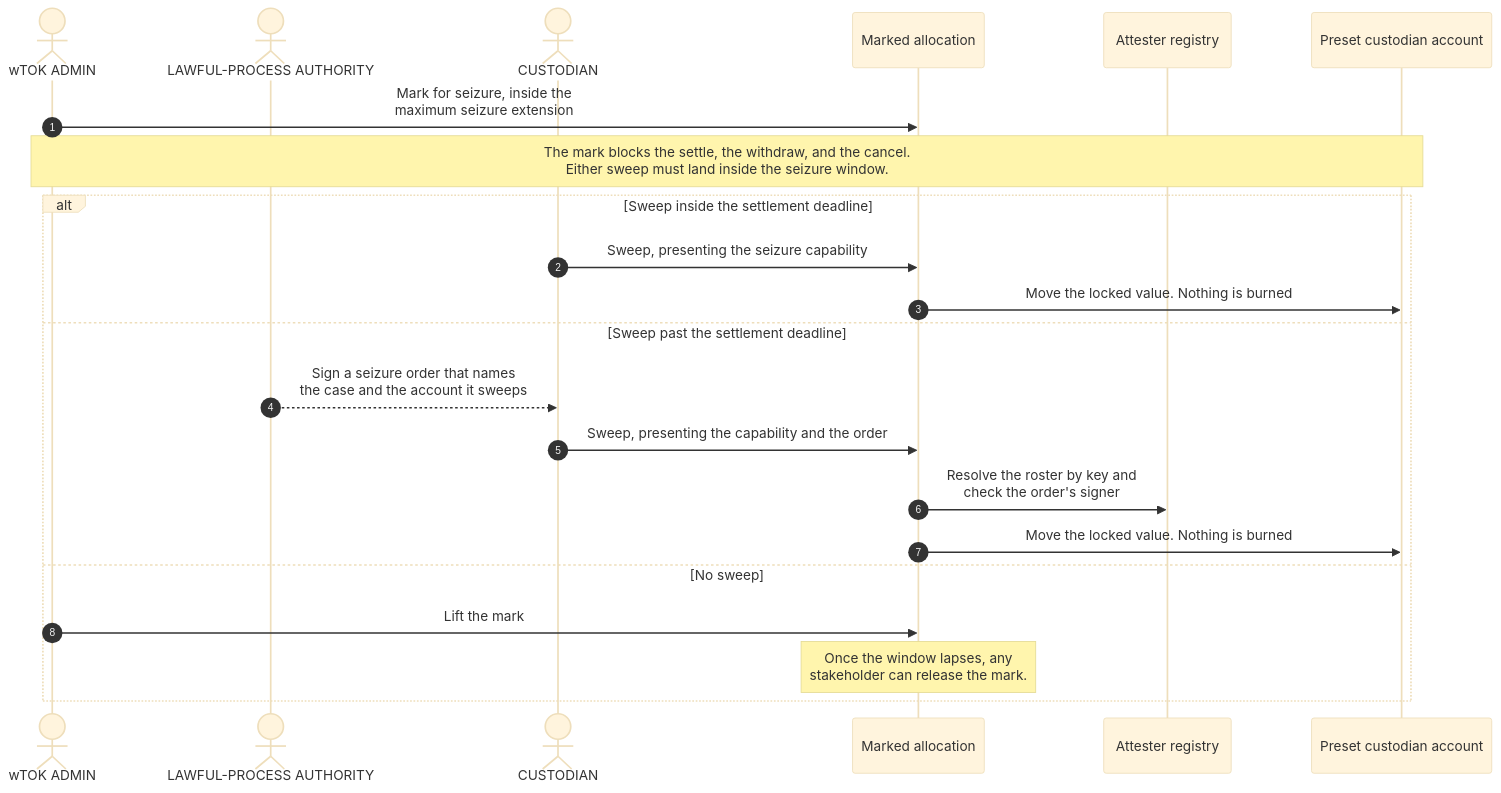
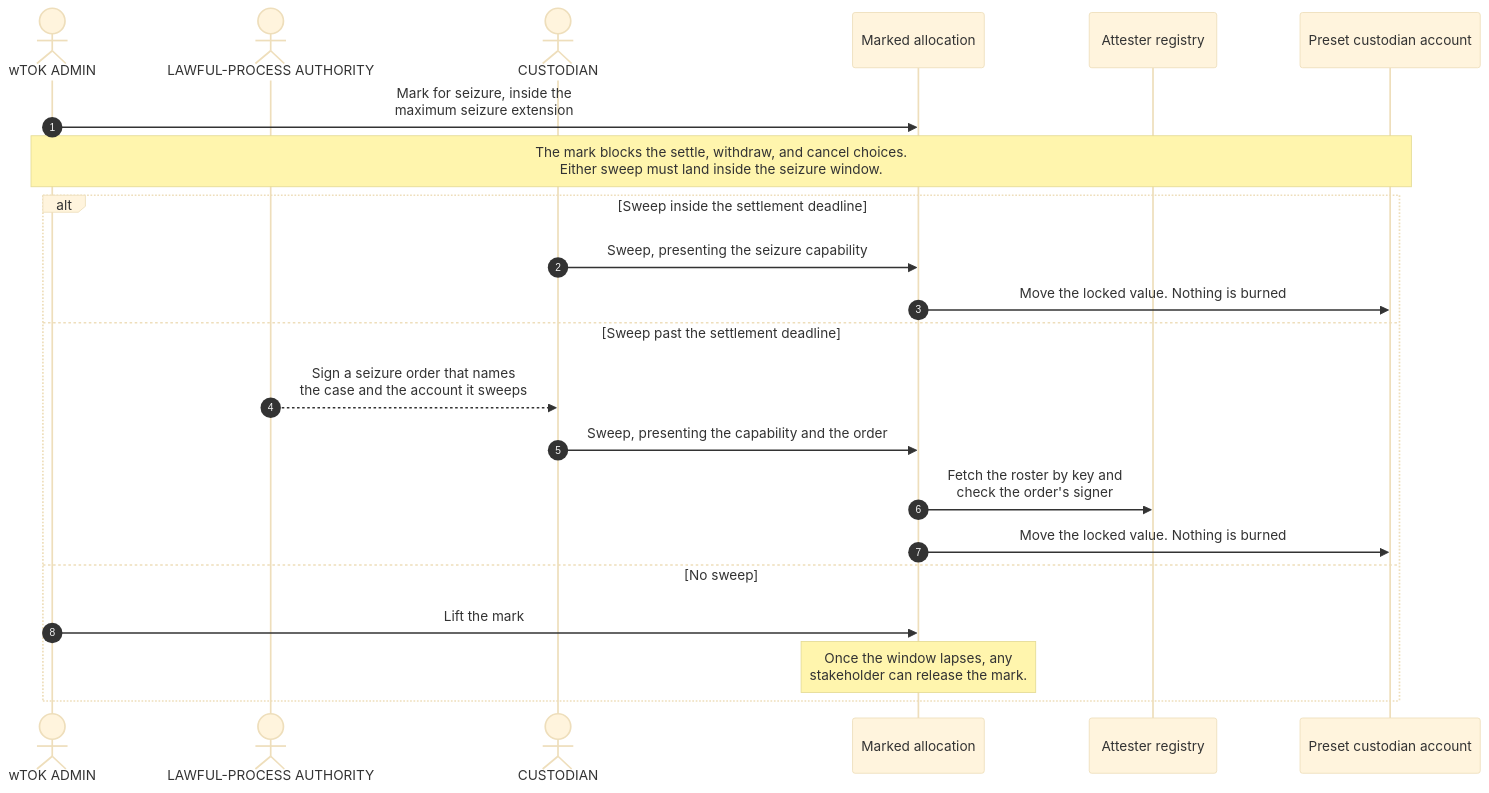
Before and after one commit to OpenZeppelin/canton-specs: the fourth of 4 diagrams in docs/reference-architectures/cross-chain-stablecoin.md, drawn with Mermaid (base theme). The commit also changed other lines of this file, not shown here.

````diff
--- a/docs/reference-architectures/cross-chain-stablecoin.md
+++ b/docs/reference-architectures/cross-chain-stablecoin.md
@@ -793,25 +782,25 @@
 ```mermaid
 sequenceDiagram
     autonumber
     actor Admin as wTOK ADMIN
     actor Authority as LAWFUL-PROCESS AUTHORITY
     actor Custodian as CUSTODIAN
     participant Target as Marked allocation
     participant AttReg as Attester registry
     participant Custody as Preset custodian account
 
     Admin->>Target: Mark for seizure, inside the<br/>maximum seizure extension
-    Note over Admin,Custody: The mark blocks the settle, the withdraw, and the cancel.<br/>Either sweep must land inside the seizure window.
+    Note over Admin,Custody: The mark blocks the settle, withdraw, and cancel choices.<br/>Either sweep must land inside the seizure window.
     alt Sweep inside the settlement deadline
         Custodian->>Target: Sweep, presenting the seizure capability
         Target->>Custody: Move the locked value. Nothing is burned
     else Sweep past the settlement deadline
         Authority-->>Custodian: Sign a seizure order that names<br/>the case and the account it sweeps
         Custodian->>Target: Sweep, presenting the capability and the order
-        Target->>AttReg: Resolve the roster by key and<br/>check the order's signer
+        Target->>AttReg: Fetch the roster by key and<br/>check the order's signer
         Target->>Custody: Move the locked value. Nothing is burned
     else No sweep
         Admin->>Target: Lift the mark
         Note over Target: Once the window lapses, any<br/>stakeholder can release the mark.
     end
 ```
````
